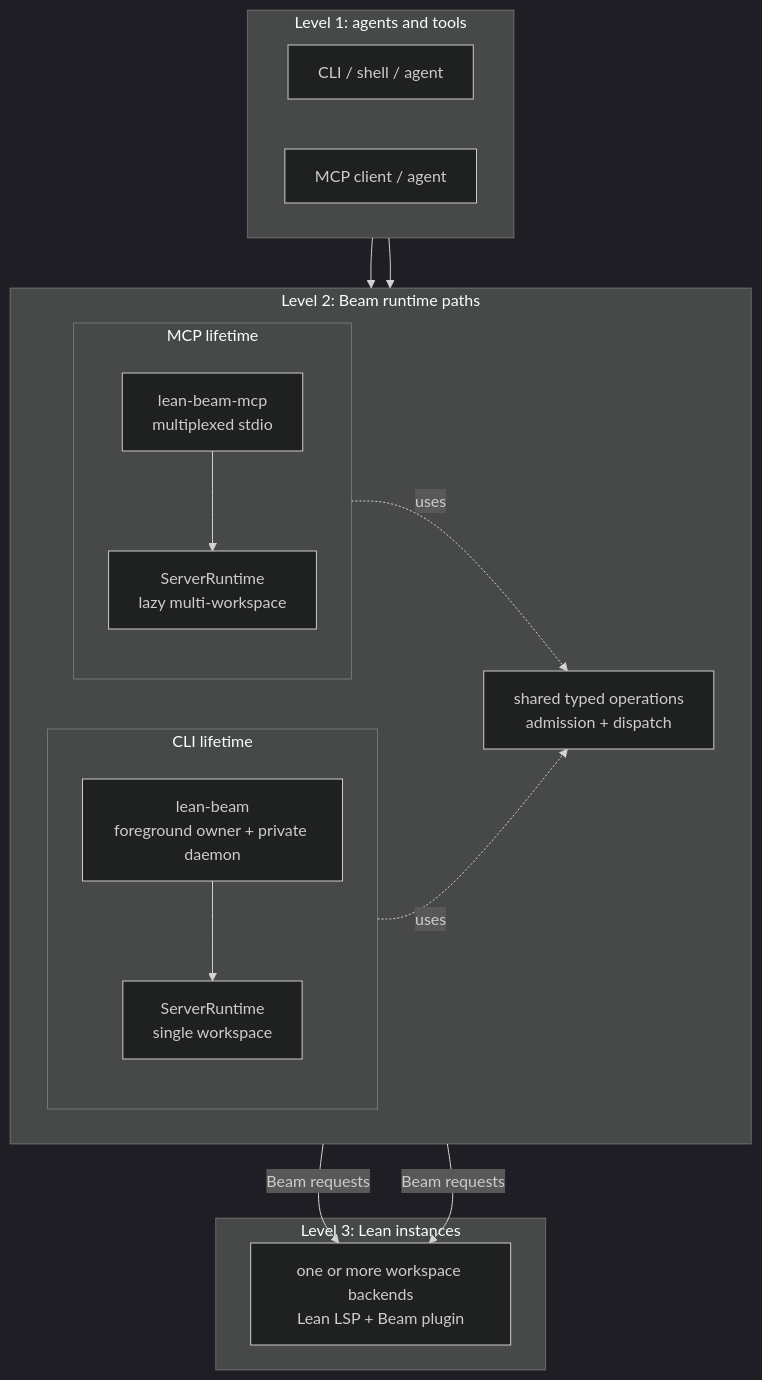
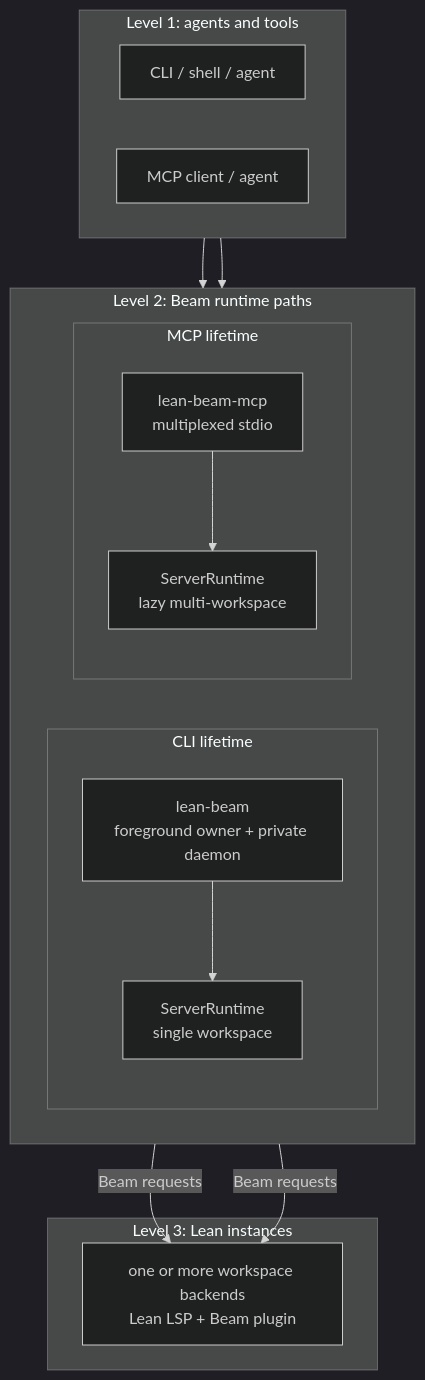
Before and after one commit to ejgallego/lean-runAt: the diagram in README.md, drawn with Mermaid (dark theme). The commit also changed other lines of this file and 6 other files, not shown here.

Commit message:
docs: add architecture message-path diagrams

````diff
--- a/README.md
+++ b/README.md
@@ -9,36 +9,33 @@
 ```mermaid
 flowchart TB
   subgraph level1["Level 1: agents and tools"]
     direction LR
     cli["CLI / shell / agent"]
     mcp["MCP client / agent"]
   end
 
   subgraph level2["Level 2: Beam runtime paths"]
     direction LR
     subgraph cliOwner["CLI lifetime"]
       direction TB
       cliAdapter["lean-beam<br/>foreground owner + private daemon"]
       cliRuntime["ServerRuntime<br/>single workspace"]
       cliAdapter --> cliRuntime
     end
-    shared["shared typed operations<br/>admission + dispatch"]
     subgraph mcpOwner["MCP lifetime"]
       direction TB
       mcpAdapter["lean-beam-mcp<br/>multiplexed stdio"]
       mcpRuntime["ServerRuntime<br/>lazy multi-workspace"]
       mcpAdapter --> mcpRuntime
     end
   end
 
   subgraph level3["Level 3: Lean instances"]
     backends["one or more workspace backends<br/>Lean LSP + Beam plugin"]
   end
 
   cli --> cliAdapter
   mcp --> mcpAdapter
-  cliRuntime -. uses .-> shared
-  mcpRuntime -. uses .-> shared
   cliRuntime -- Beam requests --> backends
   mcpRuntime -- Beam requests --> backends
 ```
````
